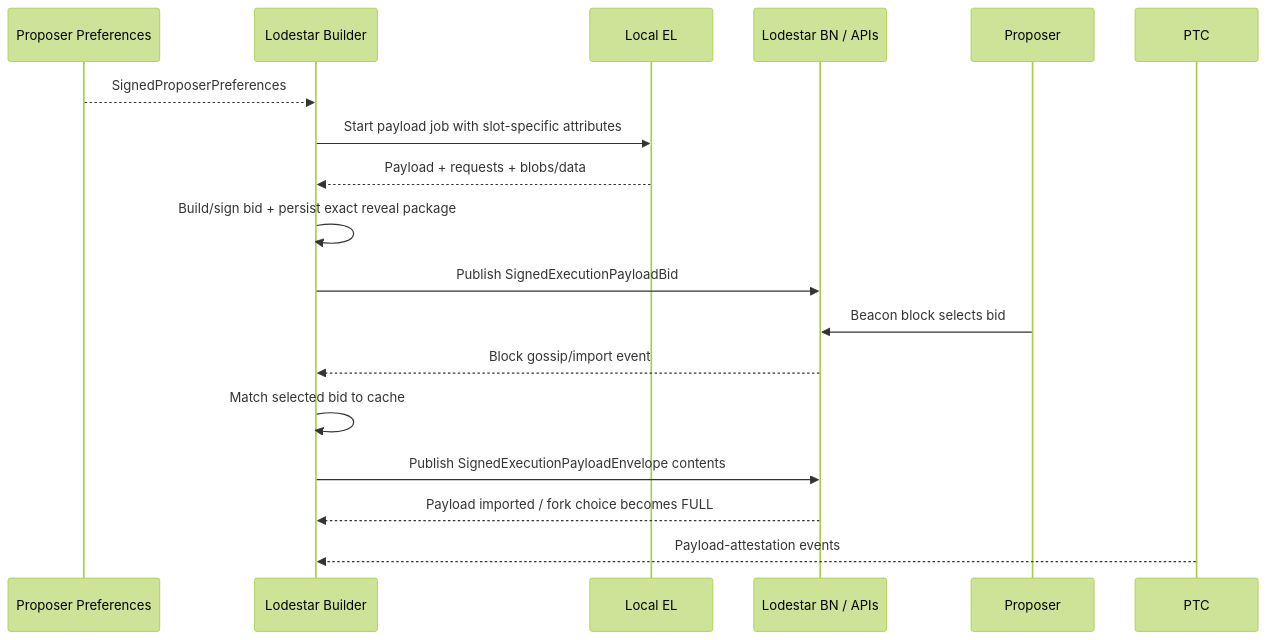
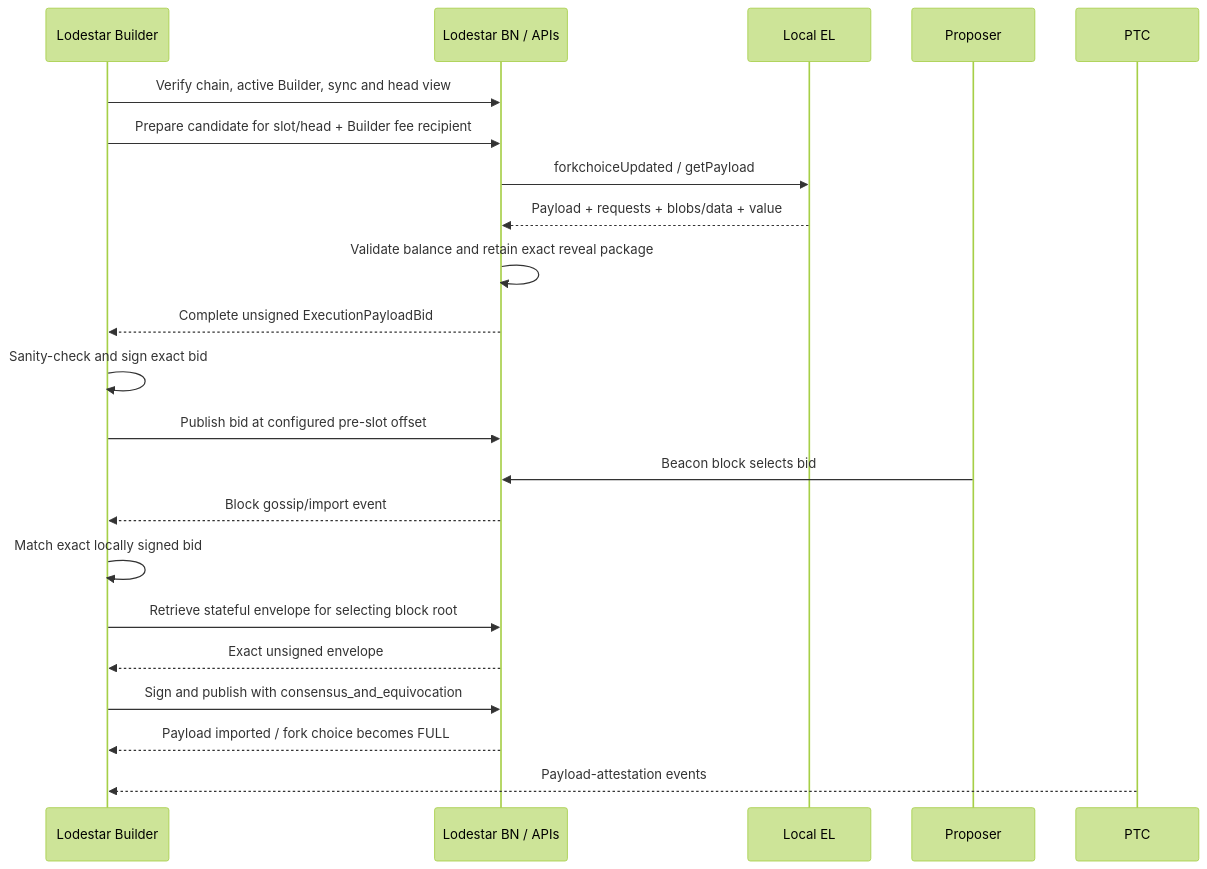
The second of 4 diagrams in docs/living-technical-note.md (krisoshea-eth/lodestar-eip-7732-builder-docs), drawn with Mermaid (forest theme) before and after one commit. The commit also changed other lines of this file, not shown here.

Commit message:
Refresh builder living technical note

````diff
--- a/docs/living-technical-note.md
+++ b/docs/living-technical-note.md
@@ -508,21 +408,25 @@
 ```mermaid
 sequenceDiagram
-    participant PP as Proposer Preferences
     participant B as Lodestar Builder
+    participant BN as Lodestar BN / APIs
     participant EL as Local EL
-    participant BN as Lodestar BN / APIs
     participant P as Proposer
     participant PTC as PTC
 
-    PP-->>B: SignedProposerPreferences
-    B->>EL: Start payload job with slot-specific attributes
-    EL-->>B: Payload + requests + blobs/data
-    B->>B: Build/sign bid + persist exact reveal package
-    B->>BN: Publish SignedExecutionPayloadBid
+    B->>BN: Verify chain, active Builder, sync and head view
+    B->>BN: Prepare candidate for slot/head + Builder fee recipient
+    BN->>EL: forkchoiceUpdated / getPayload
+    EL-->>BN: Payload + requests + blobs/data + value
+    BN->>BN: Validate balance and retain exact reveal package
+    BN-->>B: Complete unsigned ExecutionPayloadBid
+    B->>B: Sanity-check and sign exact bid
+    B->>BN: Publish bid at configured pre-slot offset
     P->>BN: Beacon block selects bid
     BN-->>B: Block gossip/import event
-    B->>B: Match selected bid to cache
-    B->>BN: Publish SignedExecutionPayloadEnvelope contents
+    B->>B: Match exact locally signed bid
+    B->>BN: Retrieve stateful envelope for selecting block root
+    BN-->>B: Exact unsigned envelope
+    B->>BN: Sign and publish with consensus_and_equivocation
     BN-->>B: Payload imported / fork choice becomes FULL
     PTC-->>B: Payload-attestation events
 ```
````
